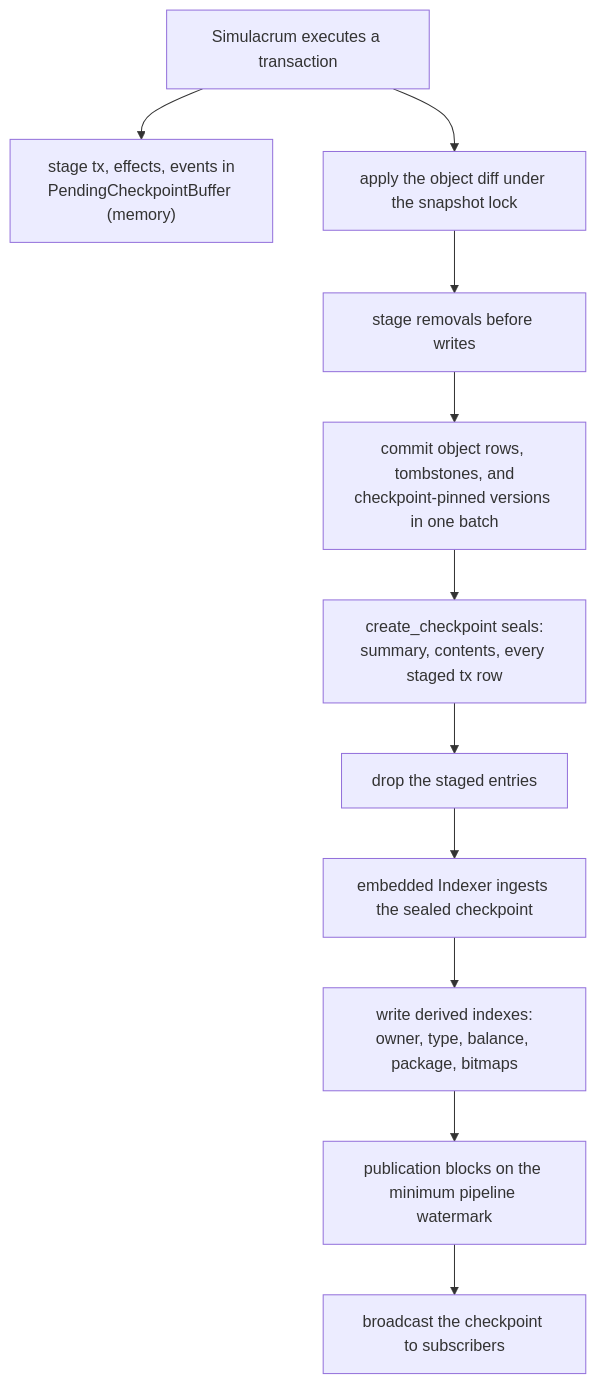
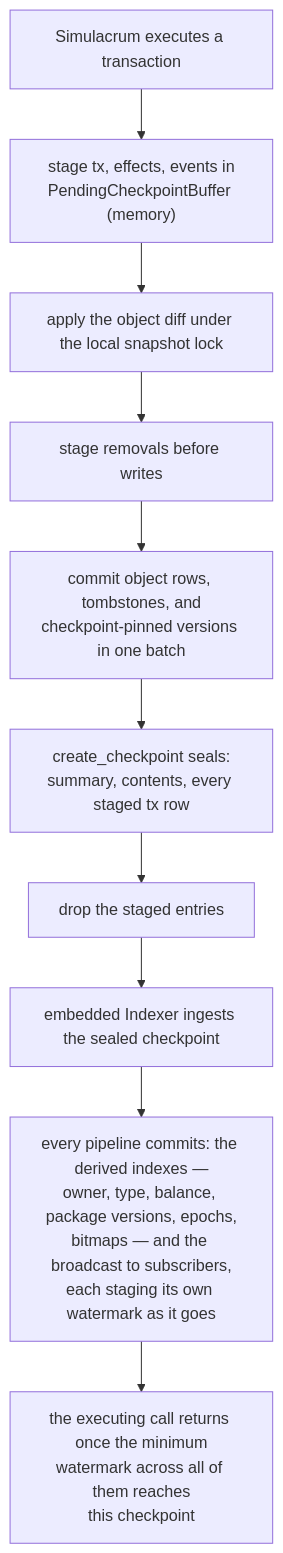
One commit to MystenLabs/sui changed the seventh of 7 diagrams in crates/sui-fork/design/workflow.md. Above: the diagram before and after it, drawn with Mermaid. The commit also changed other lines of this file and 1 other file, not shown here.

````diff
--- a/crates/sui-fork/design/workflow.md
+++ b/crates/sui-fork/design/workflow.md
@@ -171,13 +224,12 @@
 ```mermaid
 flowchart TD
     tx[Simulacrum executes a transaction] --> stage["stage tx, effects, events in<br/>PendingCheckpointBuffer (memory)"]
-    tx --> diff[apply the object diff under the snapshot lock]
+    stage --> diff[apply the object diff under the local snapshot lock]
     diff --> removals[stage removals before writes]
     removals --> rows["commit object rows, tombstones, and<br/>checkpoint-pinned versions in one batch"]
     rows --> seal["create_checkpoint seals:<br/>summary, contents, every staged tx row"]
     seal --> clear[drop the staged entries]
     clear --> ingest[embedded Indexer ingests the sealed checkpoint]
-    ingest --> derived["write derived indexes:<br/>owner, type, balance, package, bitmaps"]
-    derived --> wm[publication blocks on the minimum pipeline watermark]
-    wm --> pub[broadcast the checkpoint to subscribers]
+    ingest --> derived["every pipeline commits: the derived indexes —<br/>owner, type, balance, package versions, epochs,<br/>bitmaps — and the broadcast to subscribers,<br/>each staging its own watermark as it goes"]
+    derived --> wm["the executing call returns once the minimum<br/>watermark across all of them reaches<br/>this checkpoint"]
 ```
````
